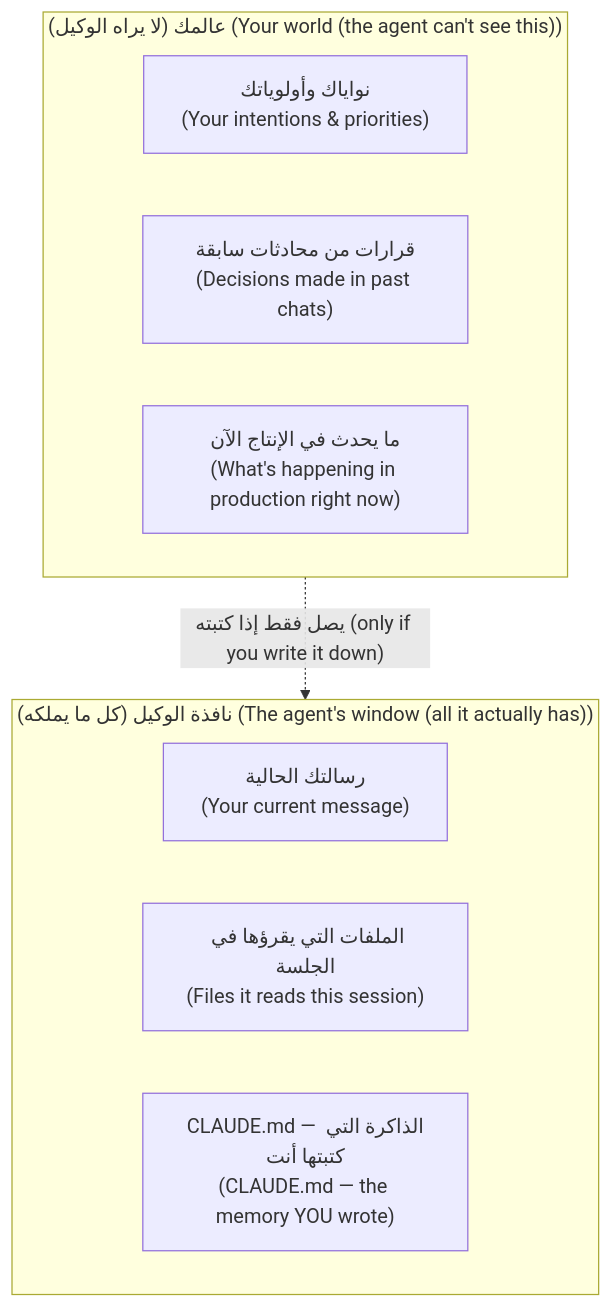
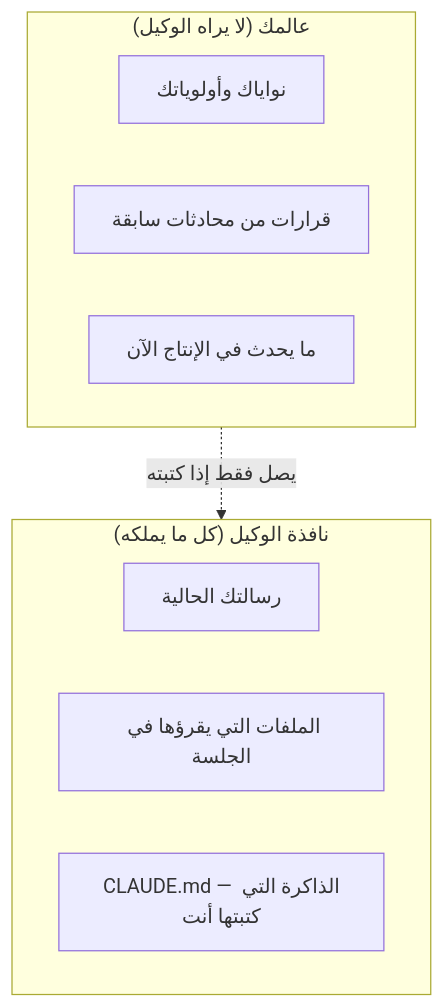
The sixth of 7 diagrams in modules/00-foundations/foundations.ar.md (Tamoura/system-design-for-vibe-coders), drawn with Mermaid before and after one commit. The commit also changed other lines of this file and 551 other files, not shown here.

````diff
--- a/modules/00-foundations/foundations.ar.md
+++ b/modules/00-foundations/foundations.ar.md
@@ -257,14 +268,14 @@
 ```mermaid
 flowchart TD
-    subgraph world["عالمك (لا يراه الوكيل) (Your world (the agent can't see this))"]
-        BIZ["نواياك وأولوياتك<br/>(Your intentions & priorities)"]
-        HIST["قرارات من محادثات سابقة<br/>(Decisions made in past chats)"]
-        PROD["ما يحدث في الإنتاج الآن<br/>(What's happening in production right now)"]
+    subgraph world["عالمك (لا يراه الوكيل)"]
+        BIZ["نواياك وأولوياتك"]
+        HIST["قرارات من محادثات سابقة"]
+        PROD["ما يحدث في الإنتاج الآن"]
     end
-    subgraph window["نافذة الوكيل (كل ما يملكه) (The agent's window (all it actually has))"]
-        PROMPT["رسالتك الحالية<br/>(Your current message)"]
-        FILES["الملفات التي يقرؤها في الجلسة<br/>(Files it reads this session)"]
-        MEM["CLAUDE.md — الذاكرة التي كتبتها أنت<br/>(CLAUDE.md — the memory YOU wrote)"]
+    subgraph window["نافذة الوكيل (كل ما يملكه)"]
+        PROMPT["رسالتك الحالية"]
+        FILES["الملفات التي يقرؤها في الجلسة"]
+        MEM["CLAUDE.md — الذاكرة التي كتبتها أنت"]
     end
-    world -.->|"يصل فقط إذا كتبته (only if you write it down)"| window
+    world -.->|"يصل فقط إذا كتبته"| window
 ```
````
